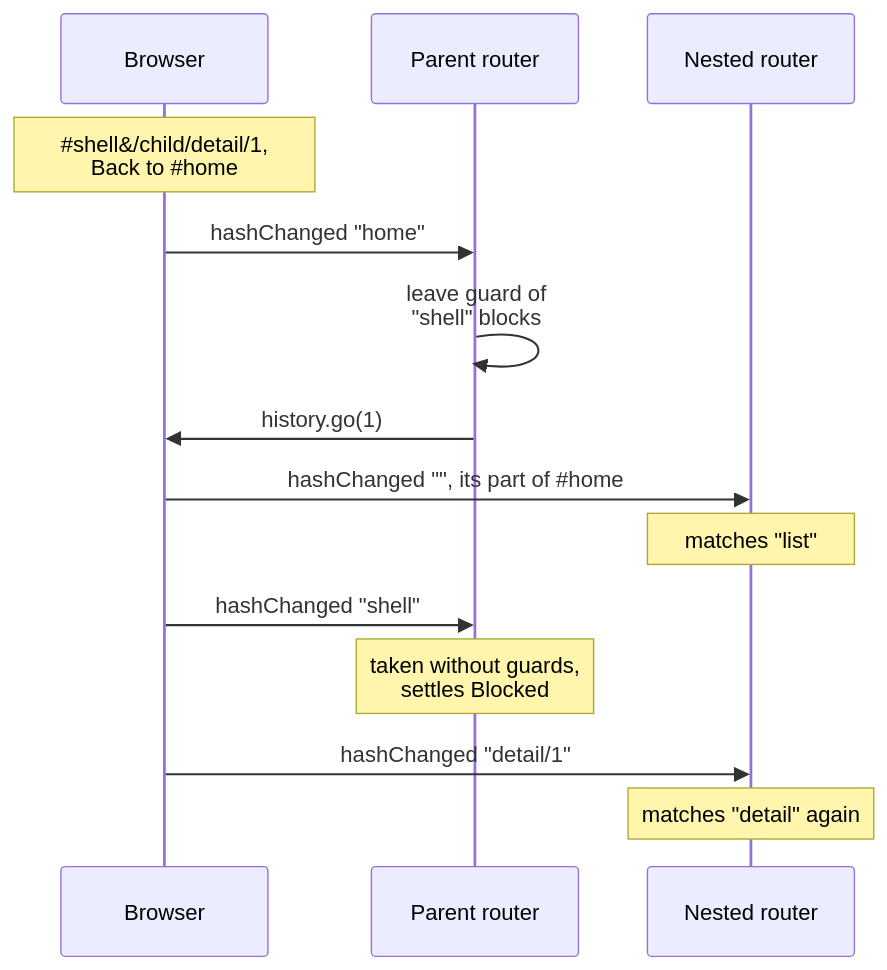
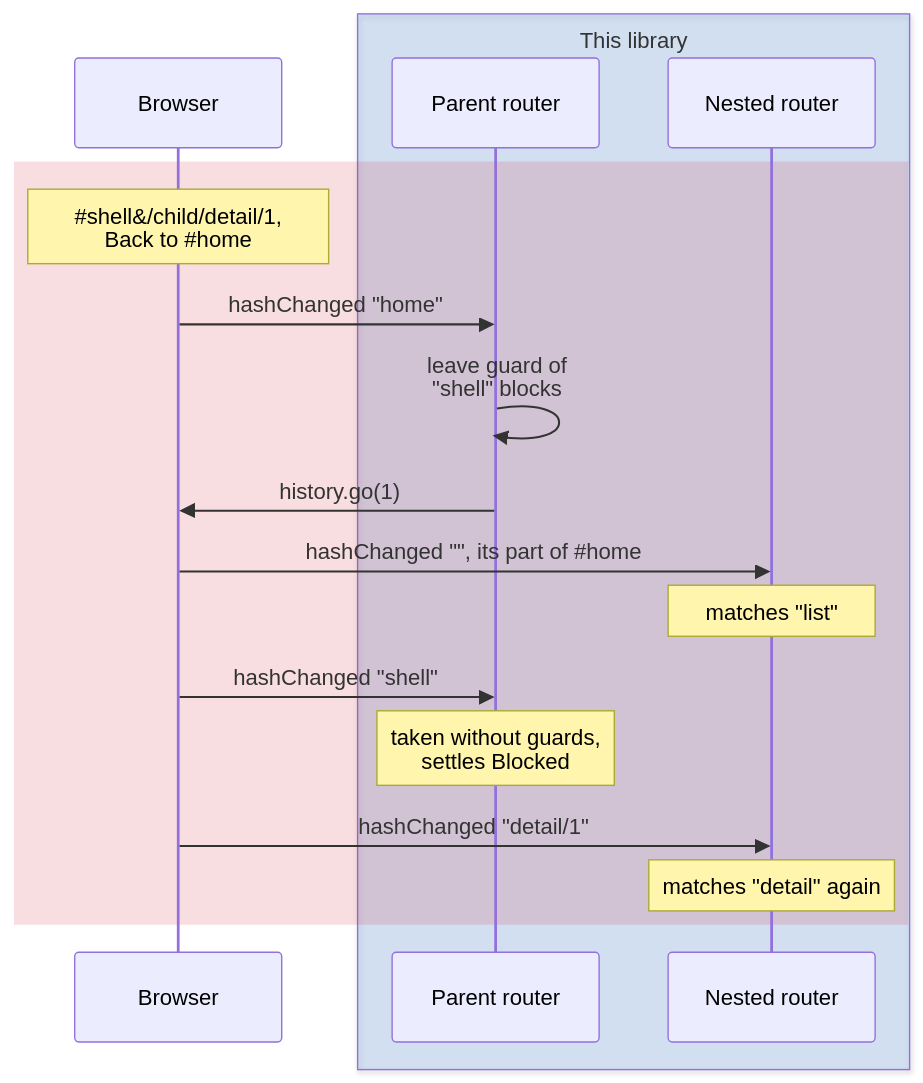
The ninth of 9 diagrams in packages/lib/README.md (wridgeu/ui5-lib-guard-router), drawn with Mermaid before and after one commit. The commit also changed other lines of this file and 4 other files, not shown here.

First line of the commit message:
docs: give every diagram the one palette and a legend

````diff
--- a/packages/lib/README.md
+++ b/packages/lib/README.md
@@ -1257,16 +1285,20 @@
 ```mermaid
 sequenceDiagram
     participant Browser
-    participant Parent as Parent router
-    participant Child as Nested router
-    Note over Browser: #35;shell&/child/detail/1,<br/>Back to #35;home
-    Browser->>Parent: hashChanged "home"
-    Parent->>Parent: leave guard of<br/>"shell" blocks
-    Parent->>Browser: history.go(1)
-    Browser->>Child: hashChanged "", its part of #35;home
-    Note over Child: matches "list"
-    Browser->>Parent: hashChanged "shell"
-    Note over Parent: taken without guards,<br/>settles Blocked
-    Browser->>Child: hashChanged "detail/1"
-    Note over Child: matches "detail" again
+    box rgba(9, 105, 218, 0.15) This library
+        participant Parent as Parent router
+        participant Child as Nested router
+    end
+    rect rgba(207, 34, 46, 0.15)
+        Note over Browser: #35;shell&/child/detail/1,<br/>Back to #35;home
+        Browser->>Parent: hashChanged "home"
+        Parent->>Parent: leave guard of<br/>"shell" blocks
+        Parent->>Browser: history.go(1)
+        Browser->>Child: hashChanged "", its part of #35;home
+        Note over Child: matches "list"
+        Browser->>Parent: hashChanged "shell"
+        Note over Parent: taken without guards,<br/>settles Blocked
+        Browser->>Child: hashChanged "detail/1"
+        Note over Child: matches "detail" again
+    end
 ```
````
